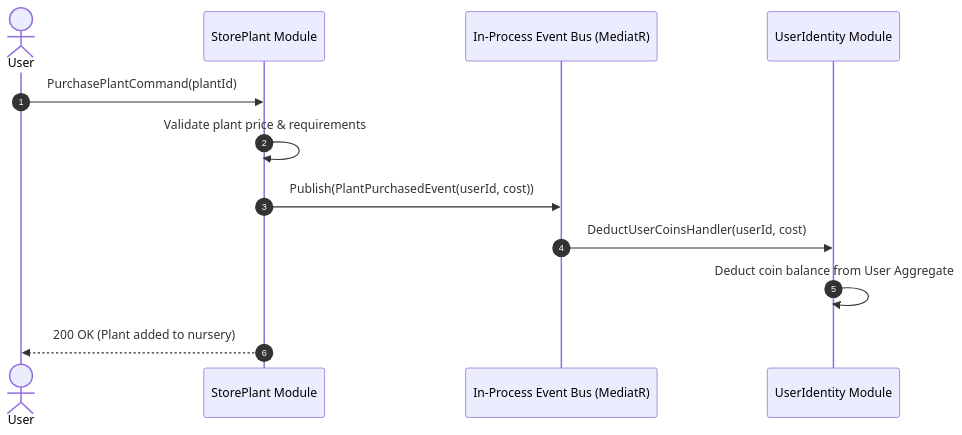
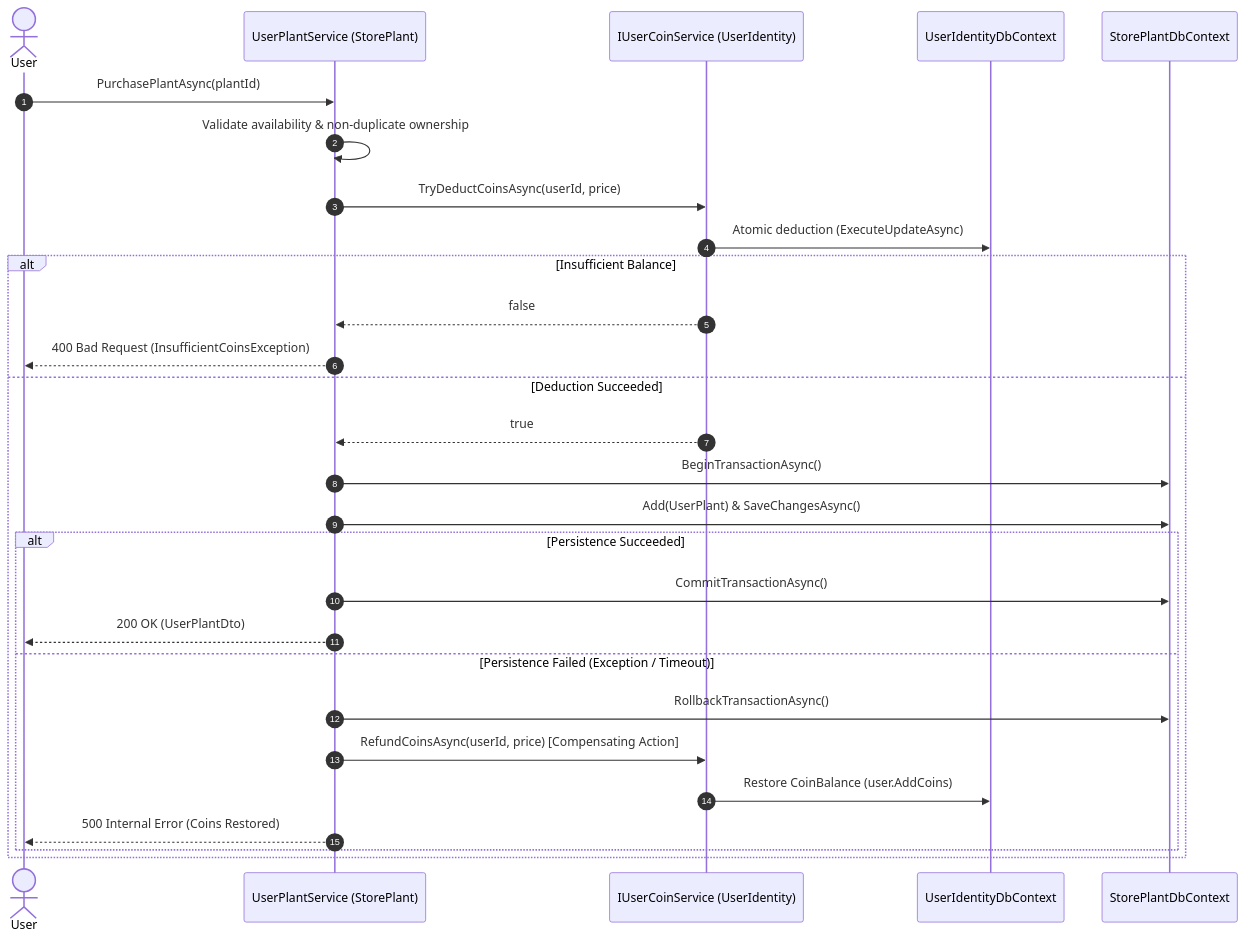
The second of 3 diagrams in README.md (hassans22hh-ship-it/SunbulaGraduationProject), drawn with Mermaid before and after one commit. The commit also changed other lines of this file and 19 other files, not shown here.

First line of the commit message:
feat: Add UserCoinService for managing user coin transactions

````diff
--- a/README.md
+++ b/README.md
@@ -135,15 +136,31 @@
 ```mermaid
 sequenceDiagram
     autonumber
     actor User
-    participant StorePlant as StorePlant Module
-    participant MediatR as In-Process Event Bus (MediatR)
-    participant Identity as UserIdentity Module
+    participant StorePlant as UserPlantService (StorePlant)
+    participant CoinService as IUserCoinService (UserIdentity)
+    participant UserDB as UserIdentityDbContext
+    participant PlantDB as StorePlantDbContext
 
-    User->>StorePlant: PurchasePlantCommand(plantId)
-    StorePlant->>StorePlant: Validate plant price & requirements
-    StorePlant->>MediatR: Publish(PlantPurchasedEvent(userId, cost))
-    MediatR->>Identity: DeductUserCoinsHandler(userId, cost)
-    Identity->>Identity: Deduct coin balance from User Aggregate
-    StorePlant-->>User: 200 OK (Plant added to nursery)
+    User->>StorePlant: PurchasePlantAsync(plantId)
+    StorePlant->>StorePlant: Validate availability & non-duplicate ownership
+    StorePlant->>CoinService: TryDeductCoinsAsync(userId, price)
+    CoinService->>UserDB: Atomic deduction (ExecuteUpdateAsync)
+    alt Insufficient Balance
+        CoinService-->>StorePlant: false
+        StorePlant-->>User: 400 Bad Request (InsufficientCoinsException)
+    else Deduction Succeeded
+        CoinService-->>StorePlant: true
+        StorePlant->>PlantDB: BeginTransactionAsync()
+        StorePlant->>PlantDB: Add(UserPlant) & SaveChangesAsync()
+        alt Persistence Succeeded
+            StorePlant->>PlantDB: CommitTransactionAsync()
+            StorePlant-->>User: 200 OK (UserPlantDto)
+        else Persistence Failed (Exception / Timeout)
+            StorePlant->>PlantDB: RollbackTransactionAsync()
+            StorePlant->>CoinService: RefundCoinsAsync(userId, price) [Compensating Action]
+            CoinService->>UserDB: Restore CoinBalance (user.AddCoins)
+            StorePlant-->>User: 500 Internal Error (Coins Restored)
+        end
+    end
 ```
````
